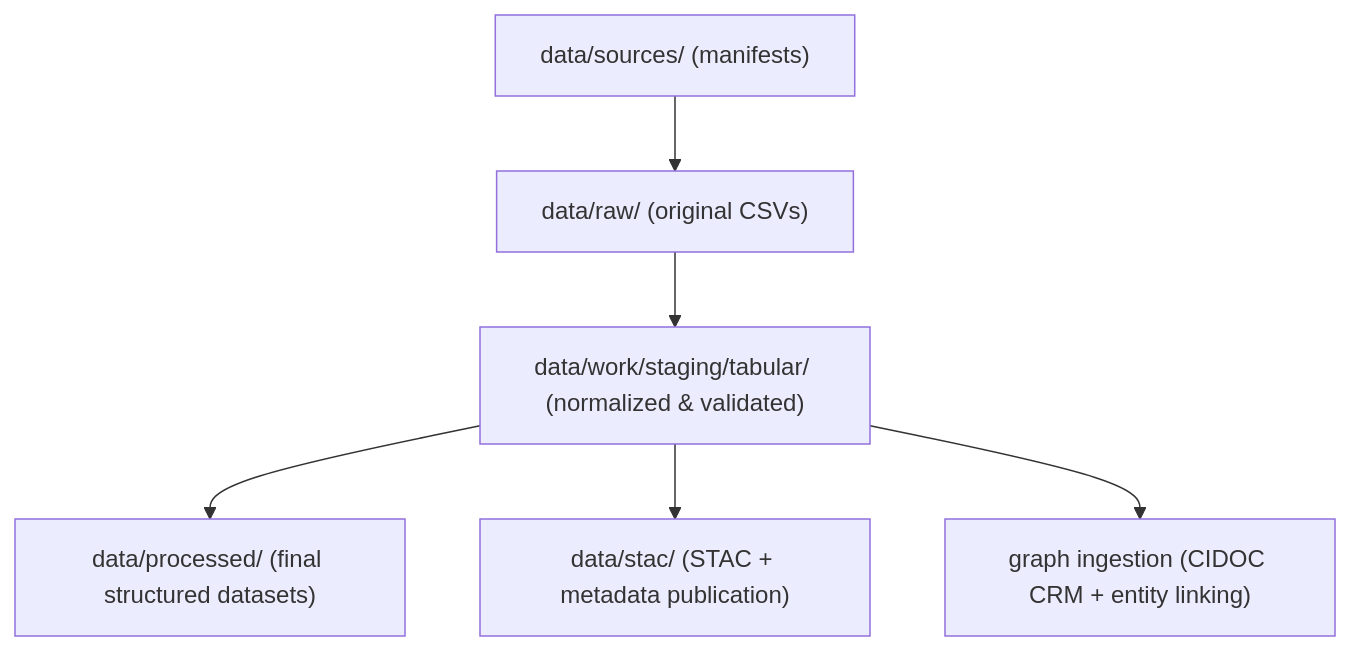
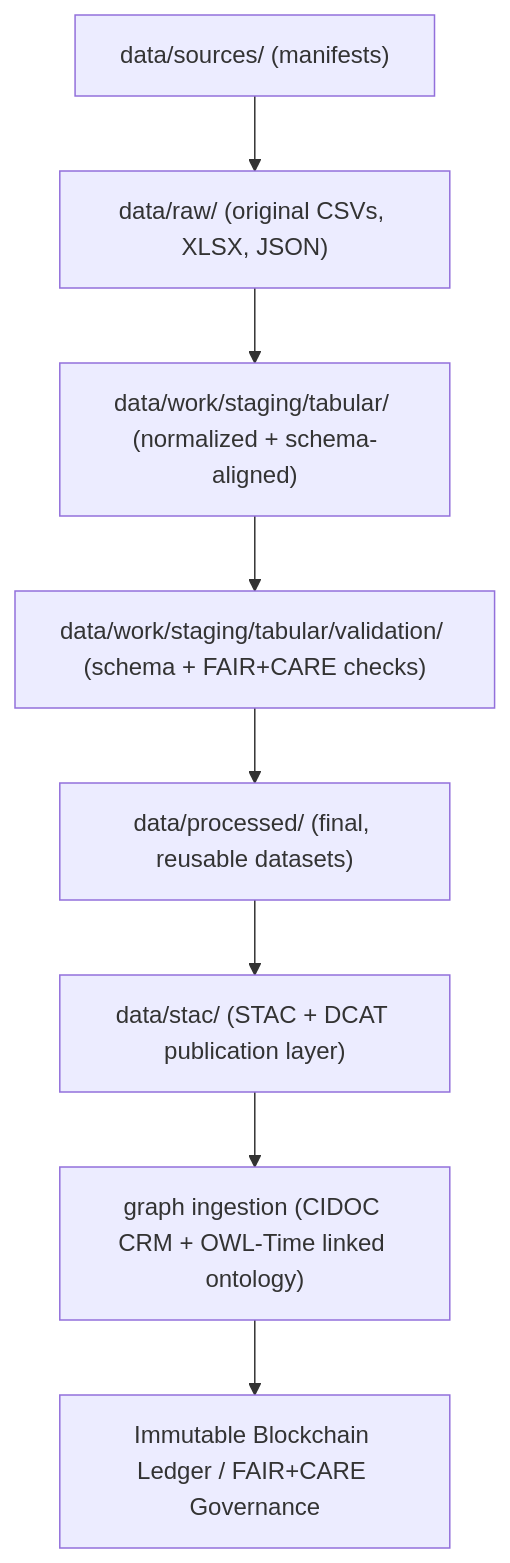
Before and after one commit to bartytime4life/Kansas-Frontier-Matrix: the diagram in data/work/staging/tabular/README.md, drawn with Mermaid. The commit also changed other lines of this file, not shown here.

````diff
--- a/data/work/staging/tabular/README.md
+++ b/data/work/staging/tabular/README.md
@@ -71,8 +68,10 @@
 ```mermaid
 flowchart TD
-A["data/sources/ (manifests)"] --> B["data/raw/ (original CSVs)"]
-B --> C["data/work/staging/tabular/ (normalized & validated)"]
-C --> D["data/processed/ (final structured datasets)"]
-C --> E["data/stac/ (STAC + metadata publication)"]
-C --> F["graph ingestion (CIDOC CRM + entity linking)"]
+  A["data/sources/ (manifests)"] --> B["data/raw/ (original CSVs, XLSX, JSON)"]
+  B --> C["data/work/staging/tabular/ (normalized + schema-aligned)"]
+  C --> D["data/work/staging/tabular/validation/ (schema + FAIR+CARE checks)"]
+  D --> E["data/processed/ (final, reusable datasets)"]
+  E --> F["data/stac/ (STAC + DCAT publication layer)"]
+  F --> G["graph ingestion (CIDOC CRM + OWL-Time linked ontology)"]
+  G --> H["Immutable Blockchain Ledger / FAIR+CARE Governance"]
 ```
````
